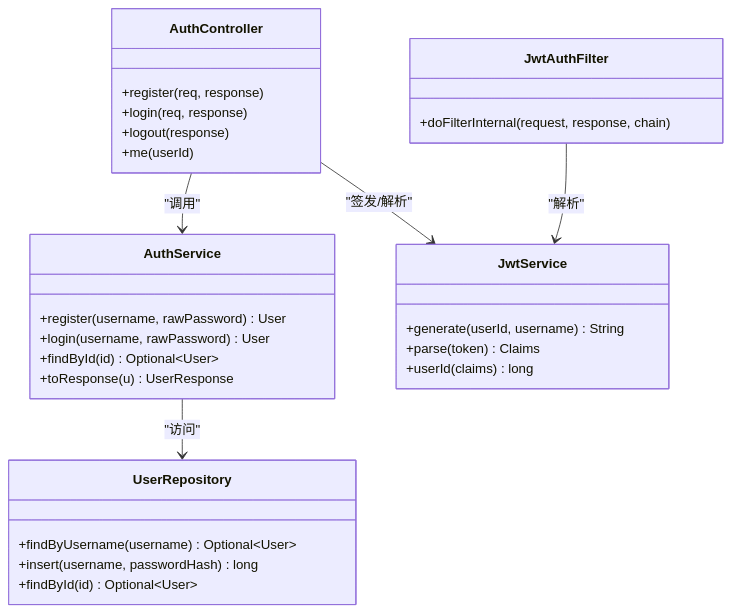
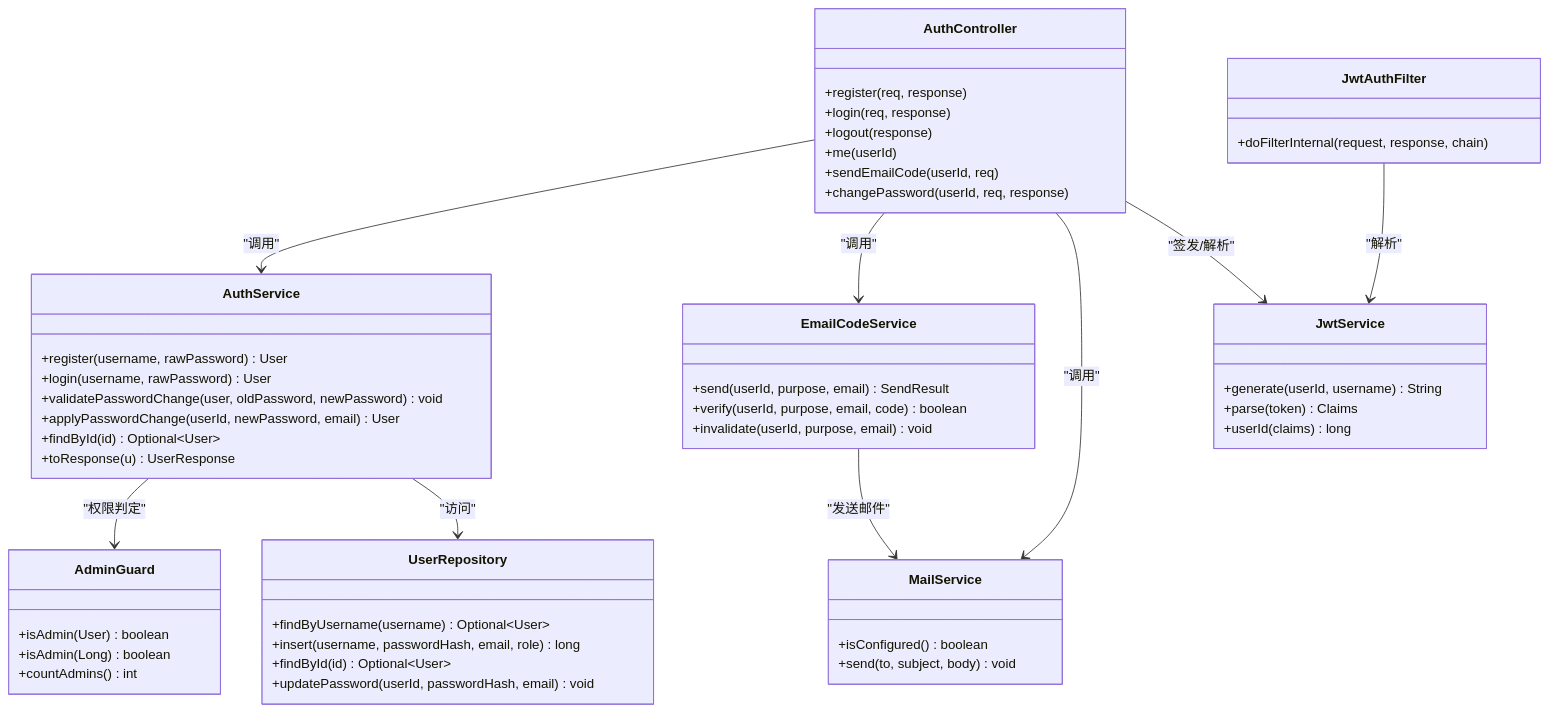
Before and after one commit to huangman881112/aiforip: the third of 3 diagrams in .qoder/repowiki/zh/content/后端API文档/认证授权API.md, drawn with Mermaid. The commit also changed other lines of this file and 98 other files, not shown here.

````diff
--- a/.qoder/repowiki/zh/content/后端API文档/认证授权API.md
+++ b/.qoder/repowiki/zh/content/后端API文档/认证授权API.md
@@ -225,32 +280,55 @@
 ```mermaid
 classDiagram
 class AuthController {
 +register(req, response)
 +login(req, response)
 +logout(response)
 +me(userId)
++sendEmailCode(userId, req)
++changePassword(userId, req, response)
 }
 class AuthService {
 +register(username, rawPassword) User
 +login(username, rawPassword) User
++validatePasswordChange(user, oldPassword, newPassword) void
++applyPasswordChange(userId, newPassword, email) User
 +findById(id) Optional~User~
 +toResponse(u) UserResponse
+}
+class EmailCodeService {
++send(userId, purpose, email) SendResult
++verify(userId, purpose, email, code) boolean
++invalidate(userId, purpose, email) void
+}
+class MailService {
++isConfigured() boolean
++send(to, subject, body) void
+}
+class AdminGuard {
++isAdmin(User) boolean
++isAdmin(Long) boolean
++countAdmins() int
 }
 class JwtService {
 +generate(userId, username) String
 +parse(token) Claims
 +userId(claims) long
 }
 class JwtAuthFilter {
 +doFilterInternal(request, response, chain)
 }
 class UserRepository {
 +findByUsername(username) Optional~User~
-+insert(username, passwordHash) long
++insert(username, passwordHash, email, role) long
 +findById(id) Optional~User~
++updatePassword(userId, passwordHash, email) void
 }
 AuthController --> AuthService : "调用"
+AuthController --> EmailCodeService : "调用"
+AuthController --> MailService : "调用"
 AuthController --> JwtService : "签发/解析"
 JwtAuthFilter --> JwtService : "解析"
+AuthService --> AdminGuard : "权限判定"
 AuthService --> UserRepository : "访问"
+EmailCodeService --> MailService : "发送邮件"
 ```
````
